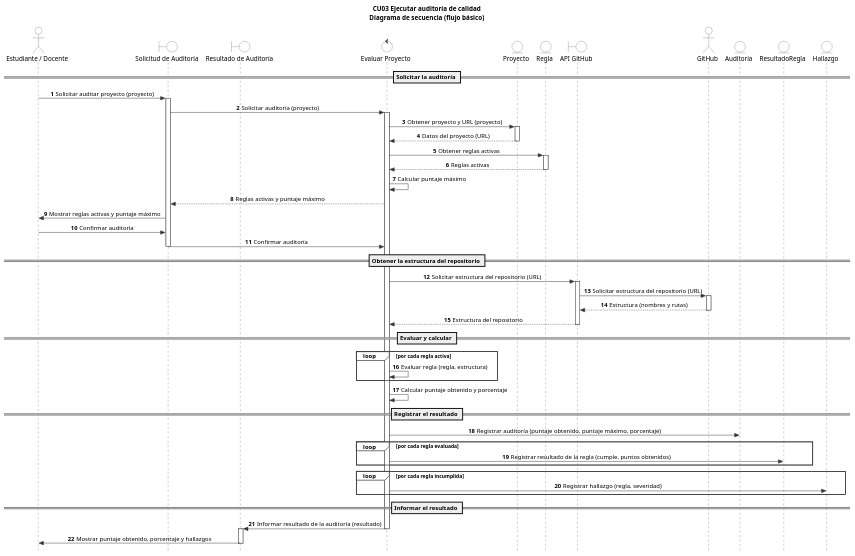
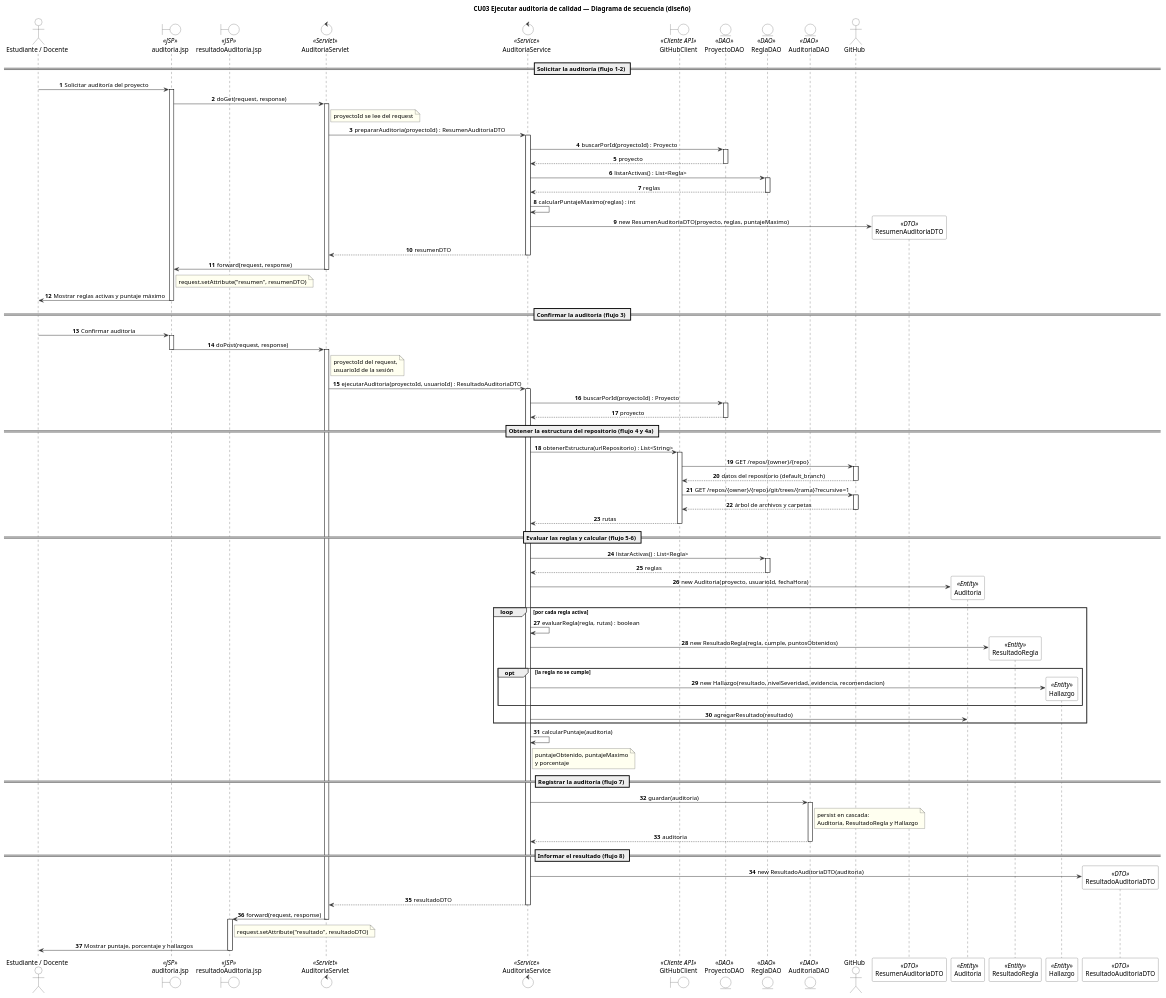
Before and after one commit to ErickBaja05/GR4_1BT3_622_26B: the diagram in docs/incremento1/sequenceDiagrams/cu03-ejecutarAuditoria.puml, drawn with PlantUML. The commit also changed 9 other files, not shown here.

Commit message:
update of the diagrams: CU3 and CU4

```diff
--- a/docs/incremento1/sequenceDiagrams/cu03-ejecutarAuditoria.puml
+++ b/docs/incremento1/sequenceDiagrams/cu03-ejecutarAuditoria.puml
@@ -1,86 +1,130 @@
-@startuml cu03_secuencia
-skinparam style strictuml
+@startuml cu03_secuencia_diseno
+title CU03 Ejecutar auditoría de calidad — Diagrama de secuencia (diseño)
+
+autonumber
 skinparam sequenceMessageAlign center
-autonumber
+skinparam backgroundColor white
+skinparam shadowing false
 skinparam defaultFontName Arial
 skinparam ArrowColor #333333
-skinparam SequenceLifeLineBorderColor #333333
-skinparam ParticipantBackgroundColor #FFFFFF
 skinparam ParticipantBorderColor #333333
-skinparam ActorBackgroundColor #FFFFFF
+skinparam ParticipantBackgroundColor white
 skinparam ActorBorderColor #333333
-skinparam BoundaryBackgroundColor #FFFFFF
+skinparam ActorBackgroundColor white
 skinparam BoundaryBorderColor #333333
-skinparam ControlBackgroundColor #FFFFFF
+skinparam BoundaryBackgroundColor white
 skinparam ControlBorderColor #333333
-skinparam EntityBackgroundColor #FFFFFF
+skinparam ControlBackgroundColor white
 skinparam EntityBorderColor #333333
+skinparam EntityBackgroundColor white
+skinparam LifeLineBorderColor #333333
 skinparam SequenceGroupBorderColor #333333
-skinparam SequenceGroupBackgroundColor #FFFFFF
+skinparam NoteBorderColor #333333
+skinparam NoteBackgroundColor #FFFFF0
 
-title CU03 Ejecutar auditoría de calidad\nDiagrama de secuencia (flujo básico)
+actor "Estudiante / Docente" as U
+boundary "auditoria.jsp" as JSP1 <<JSP>>
+boundary "resultadoAuditoria.jsp" as JSP2 <<JSP>>
+control "AuditoriaServlet" as SRV <<Servlet>>
+control "AuditoriaService" as SVC <<Service>>
+boundary "GitHubClient" as GHC <<Cliente API>>
+entity "ProyectoDAO" as PDAO <<DAO>>
+entity "ReglaDAO" as RDAO <<DAO>>
+entity "AuditoriaDAO" as ADAO <<DAO>>
+actor "GitHub" as GH
 
-actor "Estudiante / Docente" as Usuario
-boundary "Solicitud de Auditoría" as B1
-boundary "Resultado de Auditoría" as B2
-control "Evaluar Proyecto" as C1
-entity Proyecto
-entity Regla
-boundary "API GitHub" as B3
-actor GitHub
-entity "Auditoría" as Auditoria
-entity ResultadoRegla
-entity Hallazgo
+== Solicitar la auditoría (flujo 1-2) ==
+U -> JSP1 : Solicitar auditoría del proyecto
+activate JSP1
+JSP1 -> SRV : doGet(request, response)
+activate SRV
+note right of SRV : proyectoId se lee del request
+SRV -> SVC : prepararAuditoria(proyectoId) : ResumenAuditoriaDTO
+activate SVC
+SVC -> PDAO : buscarPorId(proyectoId) : Proyecto
+activate PDAO
+PDAO --> SVC : proyecto
+deactivate PDAO
+SVC -> RDAO : listarActivas() : List<Regla>
+activate RDAO
+RDAO --> SVC : reglas
+deactivate RDAO
+SVC -> SVC : calcularPuntajeMaximo(reglas) : int
+create "ResumenAuditoriaDTO" as DTO1 <<DTO>>
+SVC -> DTO1 : new ResumenAuditoriaDTO(proyecto, reglas, puntajeMaximo)
+SVC --> SRV : resumenDTO
+deactivate SVC
+SRV -> JSP1 : forward(request, response)
+deactivate SRV
+note right of JSP1 : request.setAttribute("resumen", resumenDTO)
+JSP1 -> U : Mostrar reglas activas y puntaje máximo
+deactivate JSP1
 
-== Solicitar la auditoría ==
-Usuario -> B1 : Solicitar auditar proyecto (proyecto)
-activate B1
-B1 -> C1 : Solicitar auditoría (proyecto)
-activate C1
-C1 -> Proyecto : Obtener proyecto y URL (proyecto)
-activate Proyecto
-Proyecto --> C1 : Datos del proyecto (URL)
-deactivate Proyecto
-C1 -> Regla : Obtener reglas activas
-activate Regla
-Regla --> C1 : Reglas activas
-deactivate Regla
-C1 -> C1 : Calcular puntaje máximo
-C1 --> B1 : Reglas activas y puntaje máximo
-B1 -> Usuario : Mostrar reglas activas y puntaje máximo
-Usuario -> B1 : Confirmar auditoría
-B1 -> C1 : Confirmar auditoría
-deactivate B1
+== Confirmar la auditoría (flujo 3) ==
+U -> JSP1 : Confirmar auditoría
+activate JSP1
+JSP1 -> SRV : doPost(request, response)
+deactivate JSP1
+activate SRV
+note right of SRV : proyectoId del request,\nusuarioId de la sesión
+SRV -> SVC : ejecutarAuditoria(proyectoId, usuarioId) : ResultadoAuditoriaDTO
+activate SVC
+SVC -> PDAO : buscarPorId(proyectoId) : Proyecto
+activate PDAO
+PDAO --> SVC : proyecto
+deactivate PDAO
 
-== Obtener la estructura del repositorio ==
-C1 -> B3 : Solicitar estructura del repositorio (URL)
-activate B3
-B3 -> GitHub : Solicitar estructura del repositorio (URL)
-activate GitHub
-GitHub --> B3 : Estructura (nombres y rutas)
-deactivate GitHub
-B3 --> C1 : Estructura del repositorio
-deactivate B3
+== Obtener la estructura del repositorio (flujo 4 y 4a) ==
+SVC -> GHC : obtenerEstructura(urlRepositorio) : List<String>
+activate GHC
+GHC -> GH : GET /repos/{owner}/{repo}
+activate GH
+GH --> GHC : datos del repositorio (default_branch)
+deactivate GH
+GHC -> GH : GET /repos/{owner}/{repo}/git/trees/{rama}?recursive=1
+activate GH
+GH --> GHC : árbol de archivos y carpetas
+deactivate GH
+GHC --> SVC : rutas
+deactivate GHC
 
-== Evaluar y calcular ==
+== Evaluar las reglas y calcular (flujo 5-6) ==
+SVC -> RDAO : listarActivas() : List<Regla>
+activate RDAO
+RDAO --> SVC : reglas
+deactivate RDAO
+create "Auditoria" as AUD <<Entity>>
+SVC -> AUD : new Auditoria(proyecto, usuarioId, fechaHora)
 loop por cada regla activa
-    C1 -> C1 : Evaluar regla (regla, estructura)
+  SVC -> SVC : evaluarRegla(regla, rutas) : boolean
+  create "ResultadoRegla" as RES <<Entity>>
+  SVC -> RES : new ResultadoRegla(regla, cumple, puntosObtenidos)
+  opt la regla no se cumple
+    create "Hallazgo" as HAL <<Entity>>
+    SVC -> HAL : new Hallazgo(resultado, nivelSeveridad, evidencia, recomendacion)
+  end
+  SVC -> AUD : agregarResultado(resultado)
 end
-C1 -> C1 : Calcular puntaje obtenido y porcentaje
+SVC -> SVC : calcularPuntaje(auditoria)
+note right of SVC : puntajeObtenido, puntajeMaximo\ny porcentaje
 
-== Registrar el resultado ==
-C1 -> Auditoria : Registrar auditoría (puntaje obtenido, puntaje máximo, porcentaje)
-loop por cada regla evaluada
-    C1 -> ResultadoRegla : Registrar resultado de la regla (cumple, puntos obtenidos)
-end
-loop por cada regla incumplida
-    C1 -> Hallazgo : Registrar hallazgo (regla, severidad)
-end
+== Registrar la auditoría (flujo 7) ==
+SVC -> ADAO : guardar(auditoria)
+activate ADAO
+note right of ADAO : persist en cascada:\nAuditoria, ResultadoRegla y Hallazgo
+ADAO --> SVC : auditoria
+deactivate ADAO
 
-== Informar el resultado ==
-C1 -> B2 : Informar resultado de la auditoría (resultado)
-deactivate C1
-activate B2
-B2 -> Usuario : Mostrar puntaje obtenido, porcentaje y hallazgos
-deactivate B2
+== Informar el resultado (flujo 8) ==
+create "ResultadoAuditoriaDTO" as DTO2 <<DTO>>
+SVC -> DTO2 : new ResultadoAuditoriaDTO(auditoria)
+SVC --> SRV : resultadoDTO
+deactivate SVC
+SRV -> JSP2 : forward(request, response)
+deactivate SRV
+activate JSP2
+note right of JSP2 : request.setAttribute("resultado", resultadoDTO)
+JSP2 -> U : Mostrar puntaje, porcentaje y hallazgos
+deactivate JSP2
+
 @enduml
```
